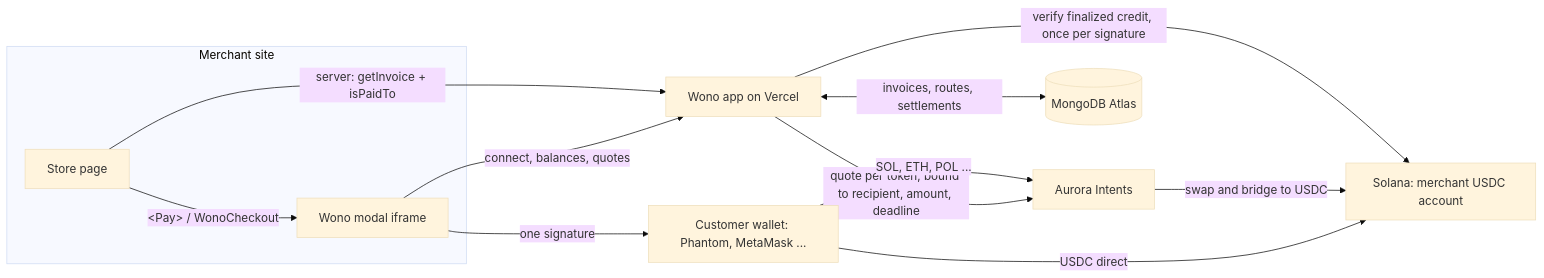
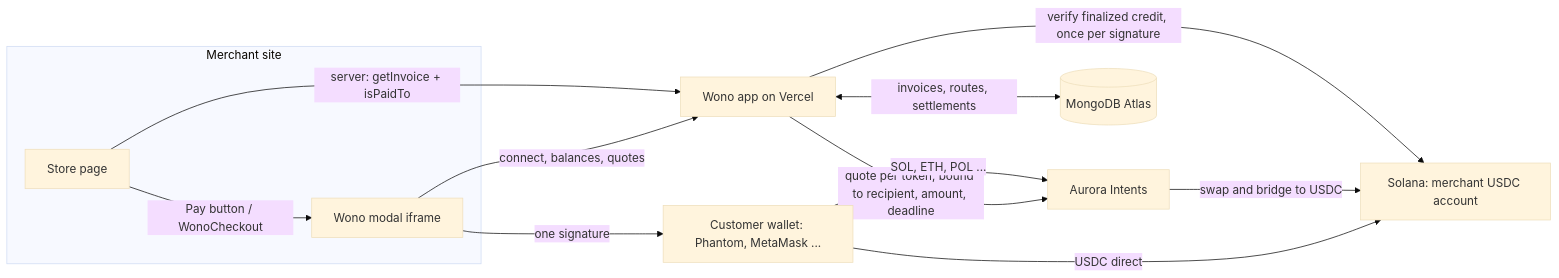
The diagram in README.md (TheSupermanish/wonopay), drawn with Mermaid (base theme) before and after one commit.

Commit message:
README: plain label in the architecture diagram

````diff
--- a/README.md
+++ b/README.md
@@ -72,15 +72,15 @@
 ```mermaid
 flowchart LR
   subgraph Merchant site
-    S[Store page] -->|"&lt;Pay&gt; / WonoCheckout"| M[Wono modal iframe]
+    S[Store page] -->|Pay button / WonoCheckout| M[Wono modal iframe]
   end
   M -->|connect, balances, quotes| W[Wono app on Vercel]
   W -->|quote per token, bound to recipient, amount, deadline| A[Aurora Intents]
   W <-->|invoices, routes, settlements| DB[(MongoDB Atlas)]
   M -->|one signature| P[Customer wallet: Phantom, MetaMask ...]
   P -->|USDC direct| SOL[Solana: merchant USDC account]
   P -->|SOL, ETH, POL ...| A
   A -->|swap and bridge to USDC| SOL
   W -->|verify finalized credit, once per signature| SOL
   S -->|server: getInvoice + isPaidTo| W
 ```
````
